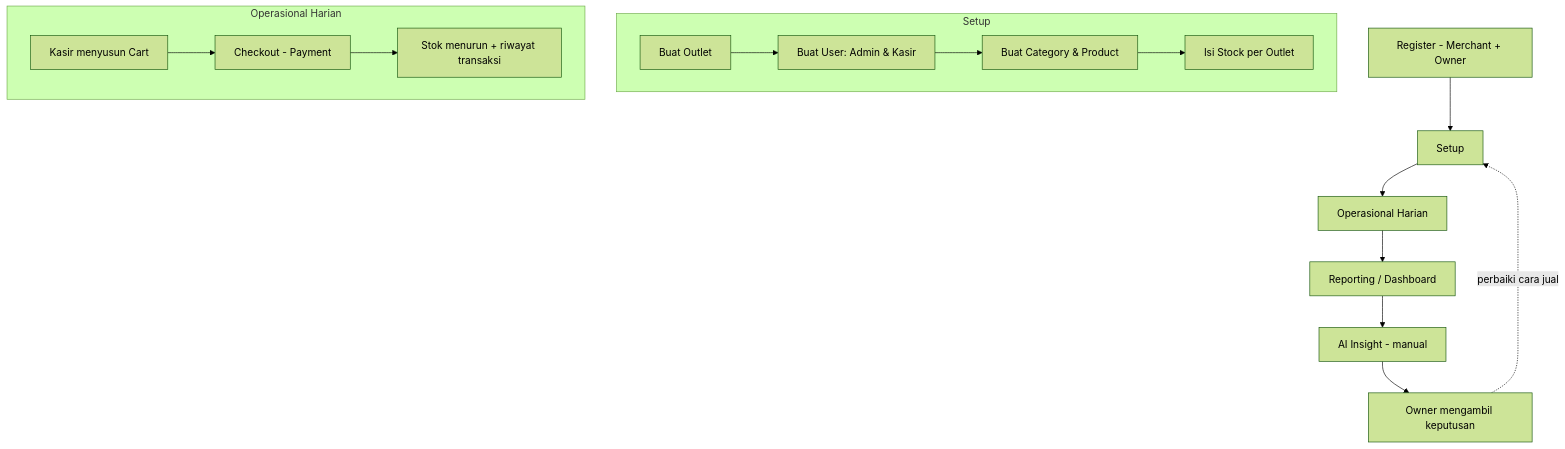
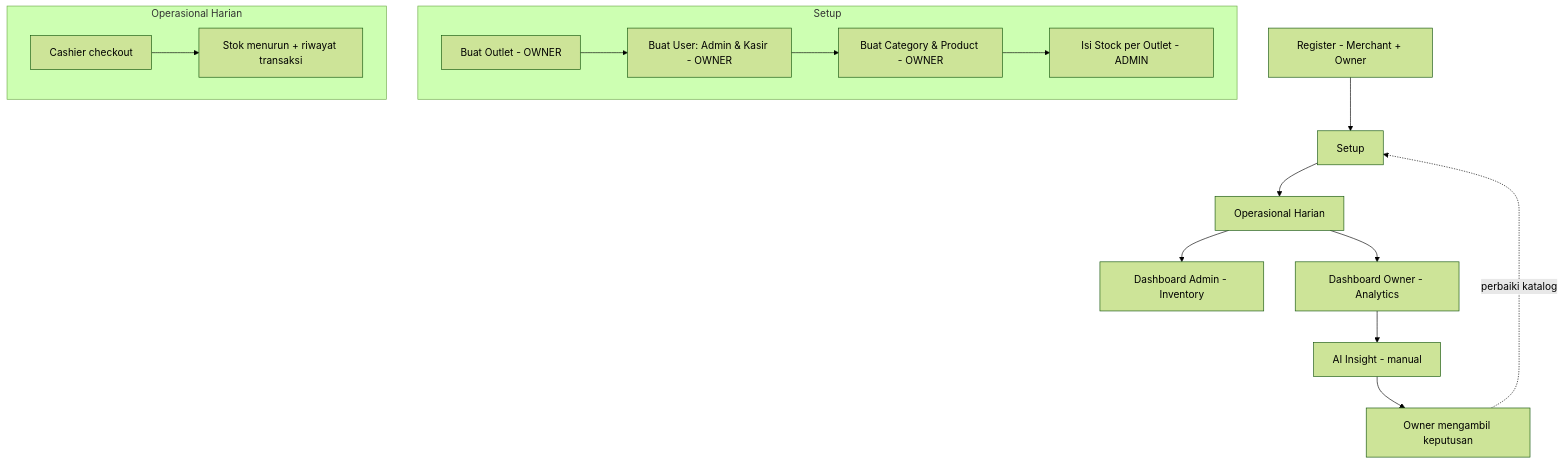
The third of 21 diagrams in docs/system-flow.md (TeamOneee/pos-project-be), drawn with Mermaid (forest theme) before and after one commit. The commit also changed other lines of this file and 9 other files, not shown here.

````diff
--- a/docs/system-flow.md
+++ b/docs/system-flow.md
@@ -69,18 +90,18 @@
 ```mermaid
 flowchart TD
     R[Register - Merchant + Owner] --> S[Setup]
     subgraph Setup
-        O1[Buat Outlet] --> O2[Buat User: Admin & Kasir]
-        O2 --> O3[Buat Category & Product]
-        O3 --> O4[Isi Stock per Outlet]
+        O1[Buat Outlet - OWNER] --> O2[Buat User: Admin & Kasir - OWNER]
+        O2 --> O3[Buat Category & Product - OWNER]
+        O3 --> O4[Isi Stock per Outlet - ADMIN]
     end
     S --> OP[Operasional Harian]
     subgraph Op[Operasional Harian]
-        C1[Kasir menyusun Cart] --> C2[Checkout - Payment]
-        C2 --> C3[Stok menurun + riwayat transaksi]
+        C2[Cashier checkout] --> C3[Stok menurun + riwayat transaksi]
     end
-    OP --> RP[Reporting / Dashboard]
-    RP --> AI[AI Insight - manual]
+    OP --> RP1[Dashboard Admin - Inventory]
+    OP --> RP2[Dashboard Owner - Analytics]
+    RP2 --> AI[AI Insight - manual]
     AI --> D[Owner mengambil keputusan]
-    D -.->|perbaiki cara jual| S
+    D -.->|perbaiki katalog| S
 ```
````
